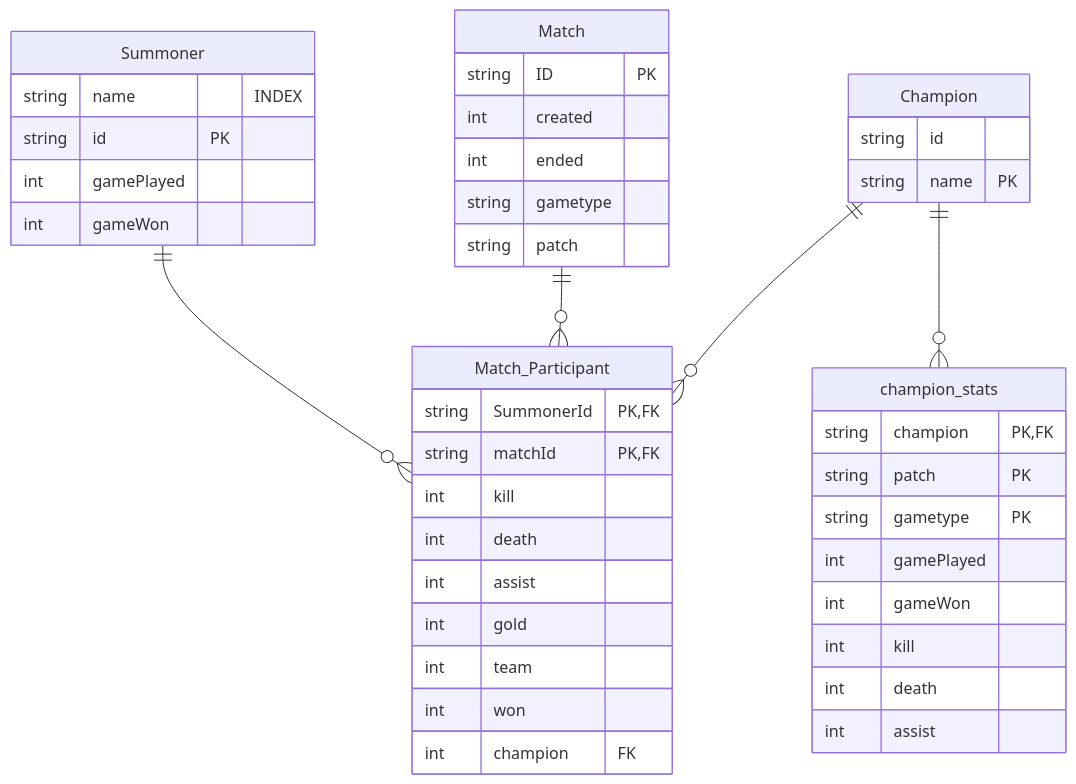
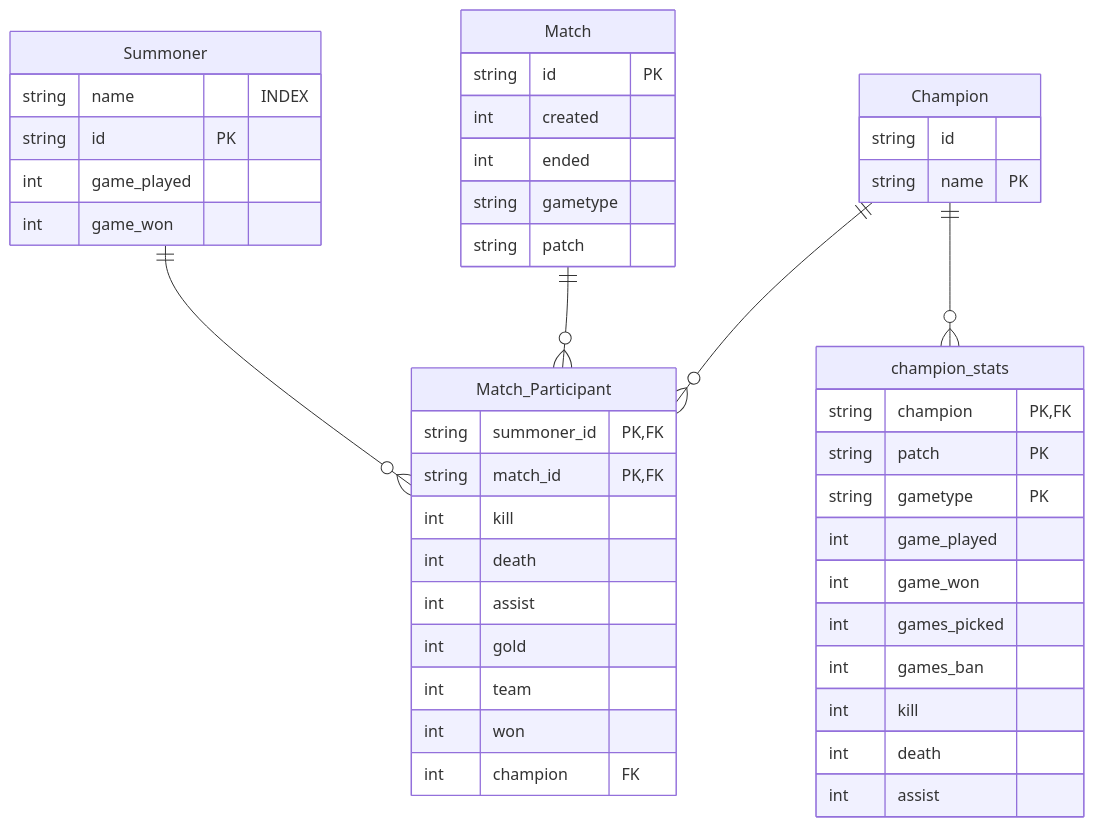
One commit to rutaji/loltracker changed the diagram in specification/diagrams/Database.mmd. Above: the diagram before and after it, drawn with Mermaid. The commit also changed 2 other files, not shown here.

```diff
--- a/specification/diagrams/Database.mmd
+++ b/specification/diagrams/Database.mmd
@@ -1,44 +1,46 @@
 erDiagram
    Match {
-        string ID PK
+        string id PK
         int created
         int ended
         string gametype
         string patch
     } 
     Match_Participant{
-        string SummonerId PK,FK
-        string matchId PK, FK
+        string summoner_id PK,FK
+        string match_id PK, FK
         int kill
         int death
         int assist
         int gold
         int team
         int won
         int champion FK
     }
     Champion{
         string id 
         string name PK
     }
     champion_stats{
         string champion PK, FK
         string patch PK
         string gametype PK
-        int gamePlayed 
-        int gameWon 
+        int game_played 
+        int game_won 
+        int games_picked
+        int games_ban
         int kill
         int death
         int assist
     }
     Summoner{
         string name  "INDEX"
         string id PK
-        int gamePlayed
-        int gameWon
+        int game_played
+        int game_won
     }
 
     Summoner ||--o{ Match_Participant : ""
     Match ||--o{ Match_Participant : ""
     Champion ||--o{ Match_Participant : ""
     Champion ||--o{ champion_stats : ""
```
